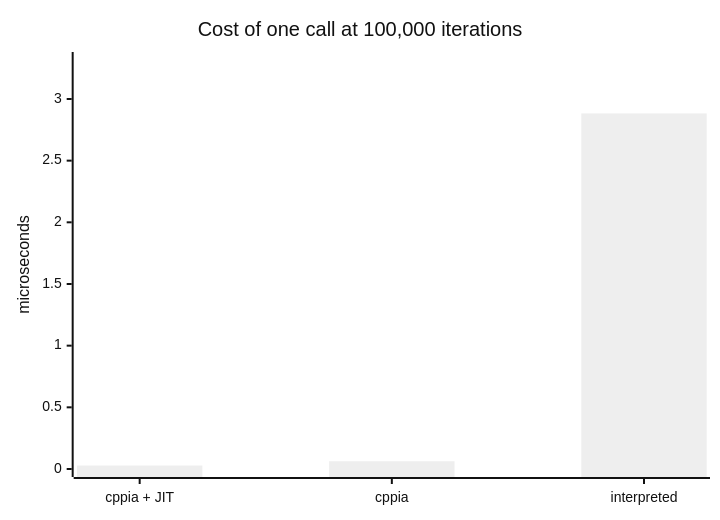
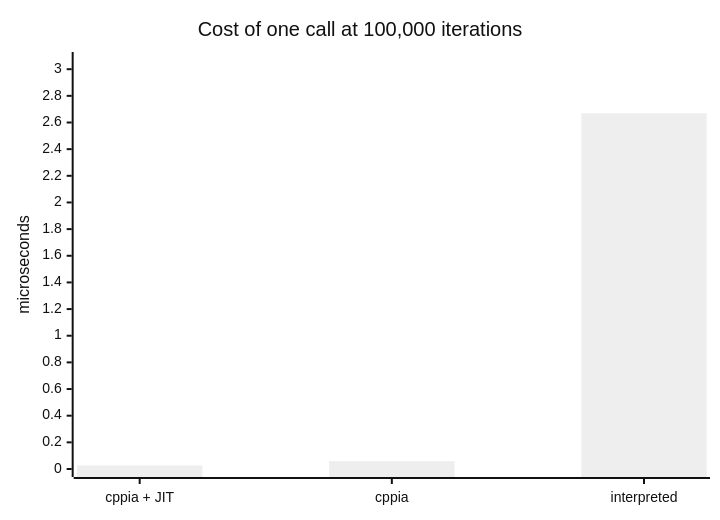
Before and after one commit to MeguminBOT/hxscript: the second of 2 diagrams in docs/mode-benchmarks.md, drawn with Mermaid (neutral theme). The commit also changed other lines of this file, not shown here.

````diff
--- a/docs/mode-benchmarks.md
+++ b/docs/mode-benchmarks.md
@@ -197,7 +197,7 @@
 ```mermaid
 xychart-beta
     title "Cost of one call at 100,000 iterations"
     x-axis ["cppia + JIT", "cppia", "interpreted"]
-    y-axis "microseconds" 0 --> 3.316
-    bar [0.028, 0.063, 2.883]
+    y-axis "microseconds" 0 --> 3.069
+    bar [0.027, 0.059, 2.669]
 ```
````
